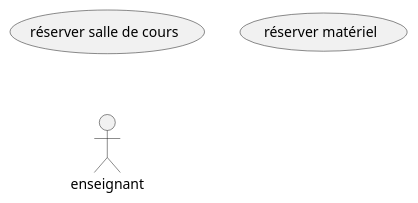
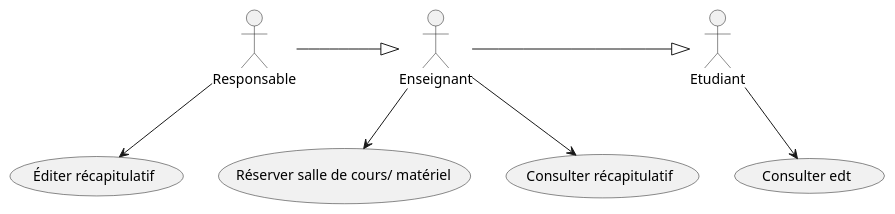
The diagram in TD4/exo1.plantuml (IUT-Blagnac/bcoo-LordHugo02), drawn with PlantUML before and after one commit.

Commit message:
#fix 4.2.1

```diff
--- a/TD4/exo1.plantuml
+++ b/TD4/exo1.plantuml
@@ -1,36 +1,45 @@
 @startuml Titre
 '--------------------------------
 ' Parametres pour le dessin
 '--------------------------------
 '--http://iut-blagnac.github.io/POO/TD3.html--
 hide circle
 hide empty members
 hide empty methods
 '--------------------------------
 
 '4.2.1
 
 '2.1.1. Énoncé
 'Dans un établissement scolaire, on désire gérer la réservation 
 'des salles de cours et du matériel pédagogique (ordinateur portable 
 'et/ou vidéo-projecteur). Seuls les enseignants sont habilités à
 ' effectuer des réservations (sous réserve de disponibilité de la 
 ' salle ou du matériel). Le planning des salles peut quant à lui 
 ' être consulté par tout le monde (enseignants et étudiants). Par
 '  contre, le récapitulatif horaire par enseignant (calculé à partir
 '   du planning des salles) ne peut être consulté que par les enseignants.
 '   nfin, il existe pour chaque formation un enseignant responsable qui
 '    seul peut éditer le récapitulatif horaire pour l’ensemble de la
 '     formation.'
 
 '2.1.2. Question
 'Modéliser cette situation par un diagramme de cas d’utilisation.
 
-usecase (réserver salle de cours)
-usecase (réserver matériel)
-actor enseignant
+usecase (Réserver salle de cours/ matériel) as Reserver
+usecase (Consulter edt) as Consulter
+usecase (Consulter récapitulatif) as CRecap
+usecase (Éditer récapitulatif) as ERecap
+actor Enseignant
+actor Etudiant
+actor Responsable
 
+Enseignant -|> Etudiant
+Responsable -|> Enseignant
 
-
+Enseignant --> Reserver
+Enseignant --> CRecap
+Etudiant --> Consulter
+Responsable --> ERecap
 
 @enduml
```
